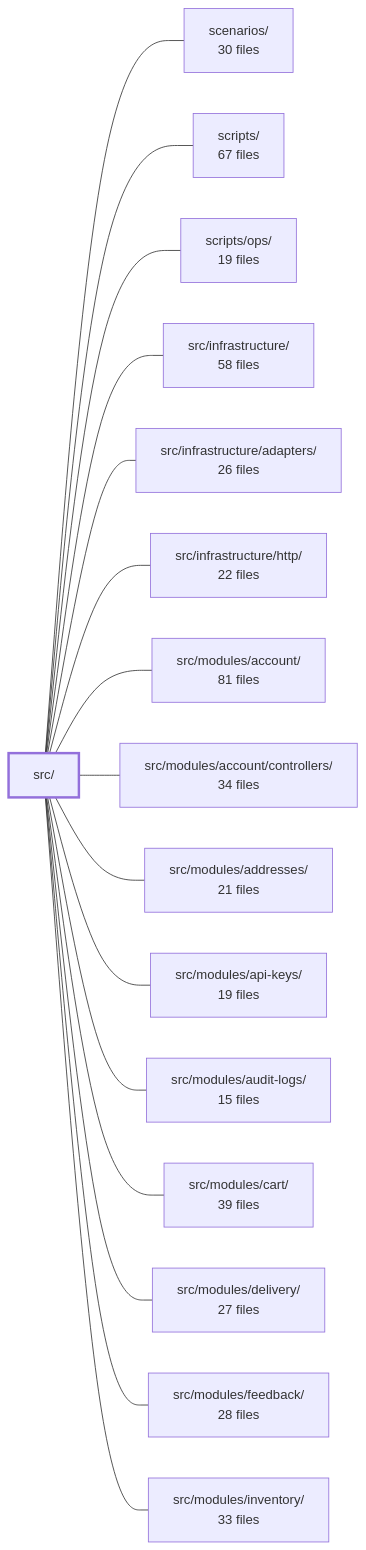
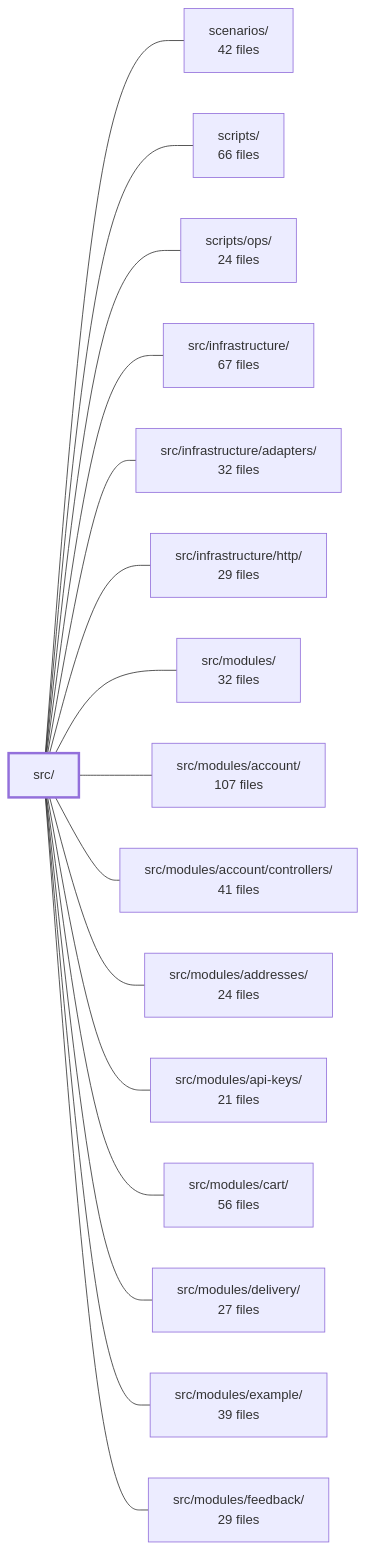
The diagram in .2brain/modules/boilerplate-node-backend_src.md (Guebbit/boilerplate-node-backend), drawn with Mermaid before and after one commit. The commit also changed other lines of this file and 106 other files, not shown here.

````diff
--- a/.2brain/modules/boilerplate-node-backend_src.md
+++ b/.2brain/modules/boilerplate-node-backend_src.md
@@ -54,35 +40,35 @@
 ```mermaid
 flowchart LR
     m_src["src/"]
-    m_scenarios["scenarios/<br/>30 files"]
-    m_scripts["scripts/<br/>67 files"]
-    m_scripts_ops["scripts/ops/<br/>19 files"]
-    m_src_infrastructure["src/infrastructure/<br/>58 files"]
-    m_src_infrastructure_adapters["src/infrastructure/adapters/<br/>26 files"]
-    m_src_infrastructure_http["src/infrastructure/http/<br/>22 files"]
-    m_src_modules_account["src/modules/account/<br/>81 files"]
-    m_src_modules_account_controllers["src/modules/account/controllers/<br/>34 files"]
-    m_src_modules_addresses["src/modules/addresses/<br/>21 files"]
-    m_src_modules_api_keys["src/modules/api-keys/<br/>19 files"]
-    m_src_modules_audit_logs["src/modules/audit-logs/<br/>15 files"]
-    m_src_modules_cart["src/modules/cart/<br/>39 files"]
+    m_scenarios["scenarios/<br/>42 files"]
+    m_scripts["scripts/<br/>66 files"]
+    m_scripts_ops["scripts/ops/<br/>24 files"]
+    m_src_infrastructure["src/infrastructure/<br/>67 files"]
+    m_src_infrastructure_adapters["src/infrastructure/adapters/<br/>32 files"]
+    m_src_infrastructure_http["src/infrastructure/http/<br/>29 files"]
+    m_src_modules["src/modules/<br/>32 files"]
+    m_src_modules_account["src/modules/account/<br/>107 files"]
+    m_src_modules_account_controllers["src/modules/account/controllers/<br/>41 files"]
+    m_src_modules_addresses["src/modules/addresses/<br/>24 files"]
+    m_src_modules_api_keys["src/modules/api-keys/<br/>21 files"]
+    m_src_modules_cart["src/modules/cart/<br/>56 files"]
     m_src_modules_delivery["src/modules/delivery/<br/>27 files"]
-    m_src_modules_feedback["src/modules/feedback/<br/>28 files"]
-    m_src_modules_inventory["src/modules/inventory/<br/>33 files"]
+    m_src_modules_example["src/modules/example/<br/>39 files"]
+    m_src_modules_feedback["src/modules/feedback/<br/>29 files"]
     m_src --- m_scenarios
     m_src --- m_scripts
     m_src --- m_scripts_ops
     m_src --- m_src_infrastructure
     m_src --- m_src_infrastructure_adapters
     m_src --- m_src_infrastructure_http
+    m_src --- m_src_modules
     m_src --- m_src_modules_account
     m_src --- m_src_modules_account_controllers
     m_src --- m_src_modules_addresses
     m_src --- m_src_modules_api_keys
-    m_src --- m_src_modules_audit_logs
     m_src --- m_src_modules_cart
     m_src --- m_src_modules_delivery
+    m_src --- m_src_modules_example
     m_src --- m_src_modules_feedback
-    m_src --- m_src_modules_inventory
     style m_src stroke-width:3px
 ```
````
